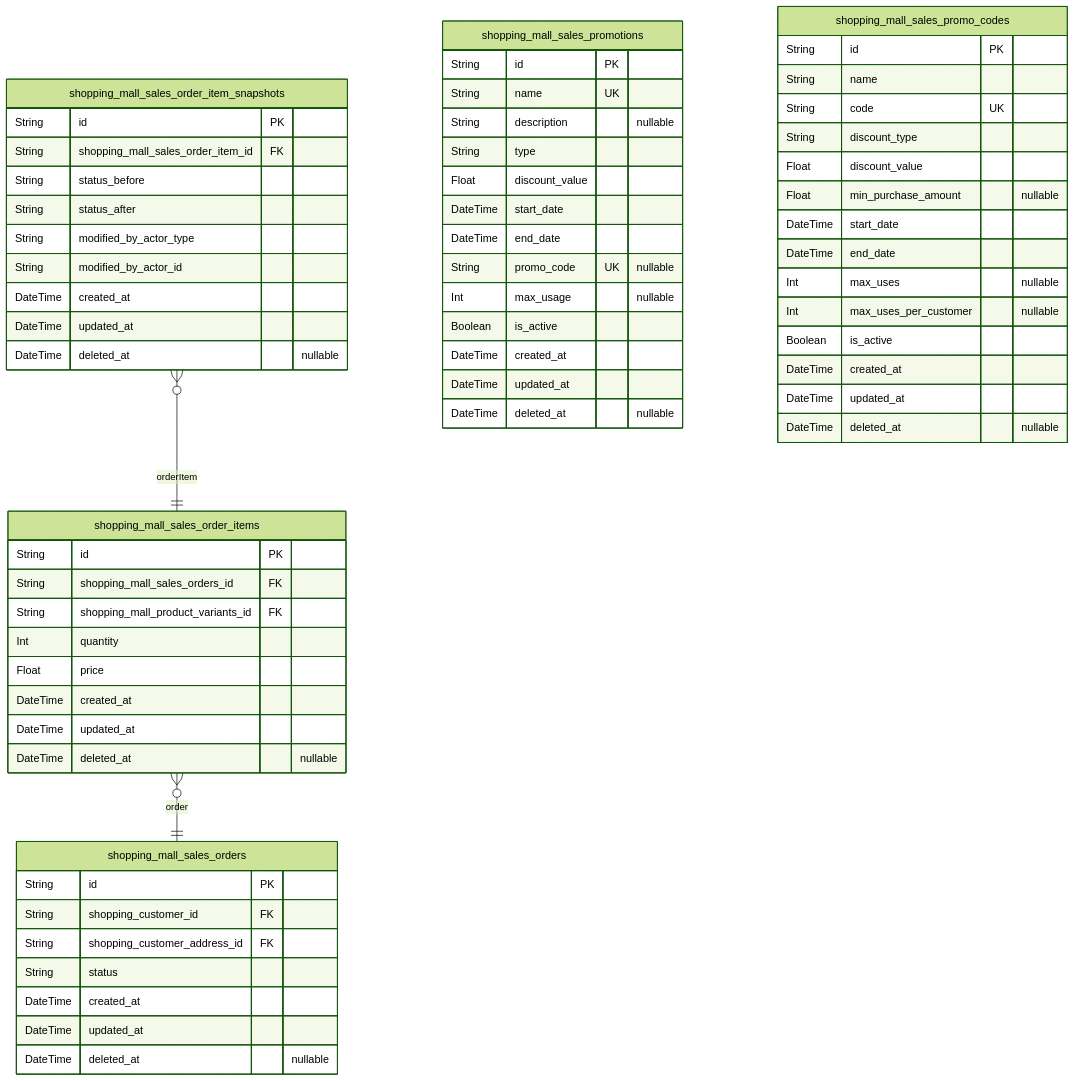
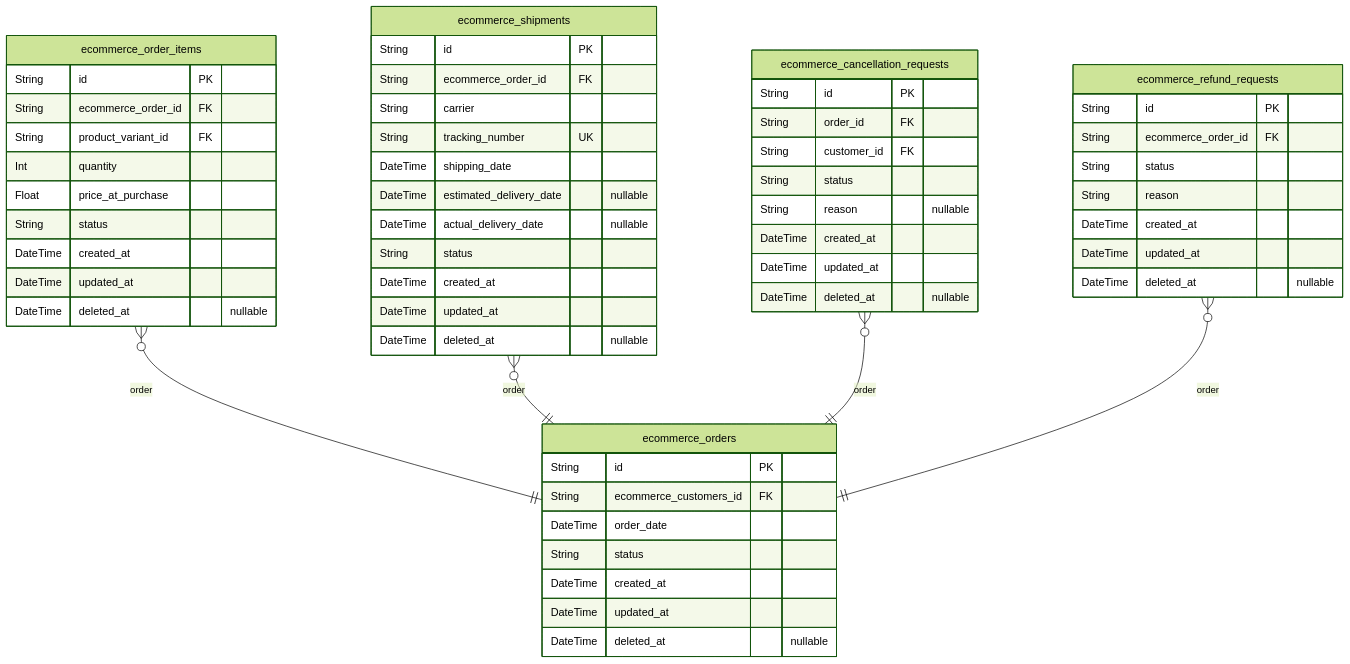
The fifth of 9 diagrams in qwen/qwen3-30b-a3b-thinking-2507/shopping/docs/ERD.md (wrtnlabs/autobe-examples), drawn with Mermaid (forest theme) before and after one commit. The commit also changed other lines of this file and 11104 other files, not shown here.

````diff
--- a/qwen/qwen3-30b-a3b-thinking-2507/shopping/docs/ERD.md
+++ b/qwen/qwen3-30b-a3b-thinking-2507/shopping/docs/ERD.md
@@ -1093,66 +855,59 @@
 ```mermaid
 erDiagram
-"shopping_mall_sales_orders" {
+"ecommerce_orders" {
   String id PK
-  String shopping_customer_id FK
-  String shopping_customer_address_id FK
+  String ecommerce_customers_id FK
+  DateTime order_date
   String status
   DateTime created_at
   DateTime updated_at
   DateTime deleted_at "nullable"
 }
-"shopping_mall_sales_order_items" {
+"ecommerce_order_items" {
   String id PK
-  String shopping_mall_sales_orders_id FK
-  String shopping_mall_product_variants_id FK
+  String ecommerce_order_id FK
+  String product_variant_id FK
   Int quantity
-  Float price
+  Float price_at_purchase
+  String status
   DateTime created_at
   DateTime updated_at
   DateTime deleted_at "nullable"
 }
-"shopping_mall_sales_order_item_snapshots" {
+"ecommerce_shipments" {
   String id PK
-  String shopping_mall_sales_order_item_id FK
-  String status_before
-  String status_after
-  String modified_by_actor_type
-  String modified_by_actor_id
+  String ecommerce_order_id FK
+  String carrier
+  String tracking_number UK
+  DateTime shipping_date
+  DateTime estimated_delivery_date "nullable"
+  DateTime actual_delivery_date "nullable"
+  String status
   DateTime created_at
   DateTime updated_at
   DateTime deleted_at "nullable"
 }
-"shopping_mall_sales_promotions" {
+"ecommerce_cancellation_requests" {
   String id PK
-  String name UK
-  String description "nullable"
-  String type
-  Float discount_value
-  DateTime start_date
-  DateTime end_date
-  String promo_code UK "nullable"
-  Int max_usage "nullable"
-  Boolean is_active
+  String order_id FK
+  String customer_id FK
+  String status
+  String reason "nullable"
   DateTime created_at
   DateTime updated_at
   DateTime deleted_at "nullable"
 }
-"shopping_mall_sales_promo_codes" {
+"ecommerce_refund_requests" {
   String id PK
-  String name
-  String code UK
-  String discount_type
-  Float discount_value
-  Float min_purchase_amount "nullable"
-  DateTime start_date
-  DateTime end_date
-  Int max_uses "nullable"
-  Int max_uses_per_customer "nullable"
-  Boolean is_active
+  String ecommerce_order_id FK
+  String status
+  String reason
   DateTime created_at
   DateTime updated_at
   DateTime deleted_at "nullable"
 }
-"shopping_mall_sales_order_items" }o--|| "shopping_mall_sales_orders" : order
-"shopping_mall_sales_order_item_snapshots" }o--|| "shopping_mall_sales_order_items" : orderItem
+"ecommerce_order_items" }o--|| "ecommerce_orders" : order
+"ecommerce_shipments" }o--|| "ecommerce_orders" : order
+"ecommerce_cancellation_requests" }o--|| "ecommerce_orders" : order
+"ecommerce_refund_requests" }o--|| "ecommerce_orders" : order
 ```
````
